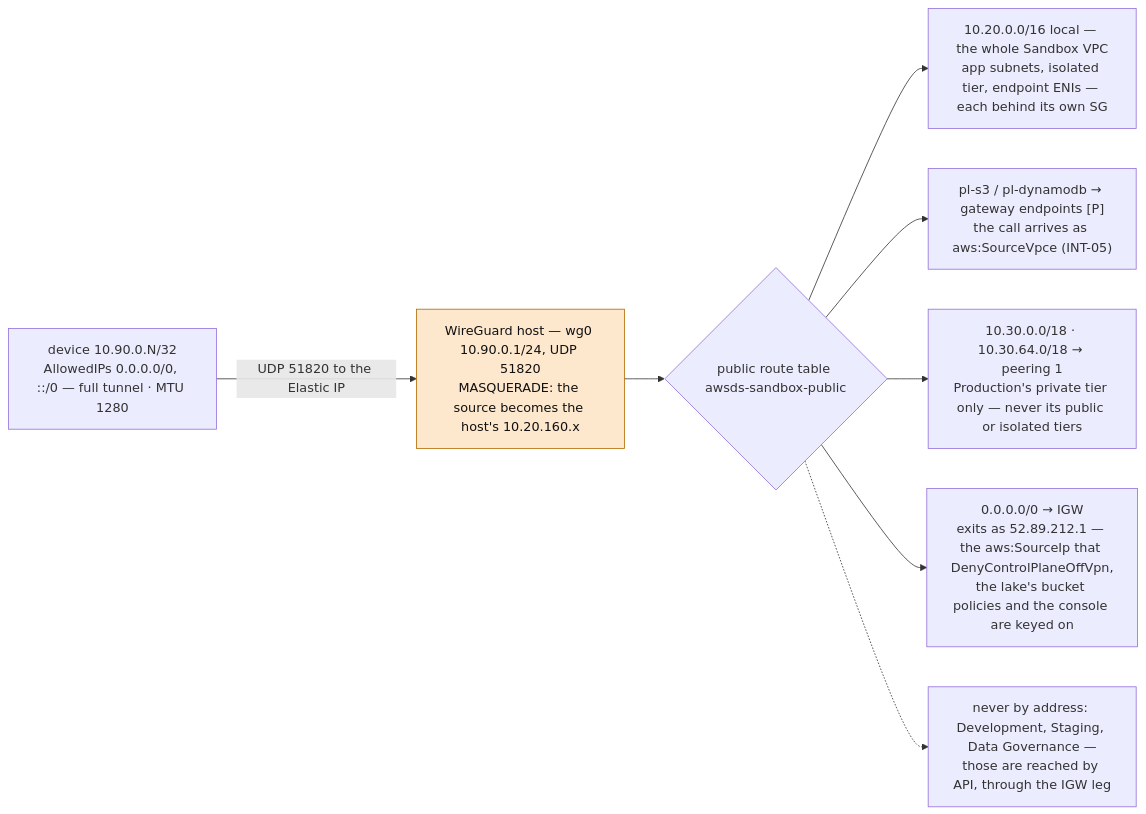
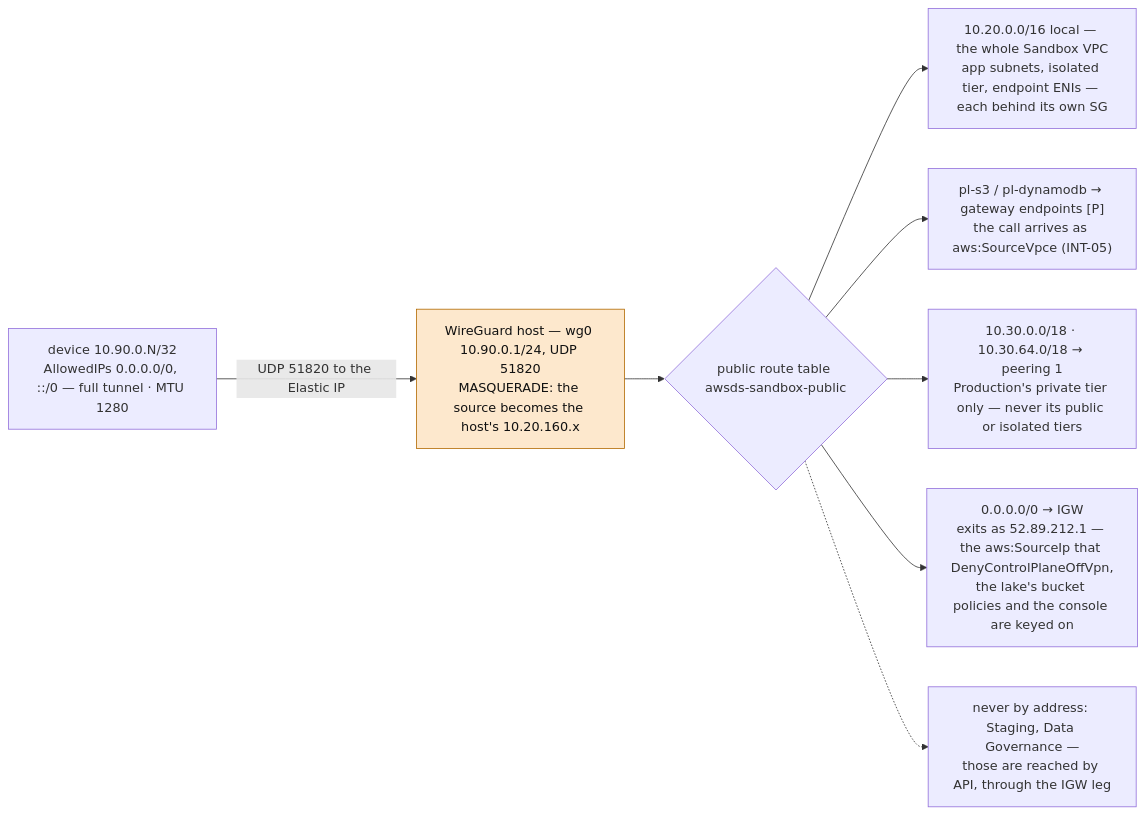
Before and after one commit to felipenoris/AWS-DataScience: the seventh of 8 diagrams in docs/NETWORK.md, drawn with Mermaid. The commit also changed other lines of this file, not shown here.

````diff
--- a/docs/NETWORK.md
+++ b/docs/NETWORK.md
@@ -599,22 +599,22 @@
 ```mermaid
 flowchart LR
     DEV["device 10.90.0.N/32<br/>AllowedIPs 0.0.0.0/0, ::/0 — full tunnel · MTU 1280"]
     WG["WireGuard host — wg0 10.90.0.1/24, UDP 51820<br/>MASQUERADE: the source becomes the host's 10.20.160.x"]
     RT{"public route table awsds-sandbox-public"}
     LOCAL["10.20.0.0/16 local — the whole Sandbox VPC<br/>app subnets, isolated tier, endpoint ENIs — each behind its own SG"]
     GW["pl-s3 / pl-dynamodb → gateway endpoints [P]<br/>the call arrives as aws:SourceVpce (INT-05)"]
     PCX["10.30.0.0/18 · 10.30.64.0/18 → peering 1<br/>Production's private tier only — never its public or isolated tiers"]
     IGW["0.0.0.0/0 → IGW<br/>exits as 52.89.212.1 — the aws:SourceIp that DenyControlPlaneOffVpn,<br/>the lake's bucket policies and the console are keyed on"]
-    NOWHERE["never by address: Development, Staging, Data Governance —<br/>those are reached by API, through the IGW leg"]
+    NOWHERE["never by address: Staging, Data Governance —<br/>those are reached by API, through the IGW leg"]
 
     DEV -->|"UDP 51820 to the Elastic IP"| WG
     WG --> RT
     RT --> LOCAL
     RT --> GW
     RT --> PCX
     RT --> IGW
     RT -.-> NOWHERE
 
     classDef pub fill:#fde8cd,stroke:#b26a00,color:#111;
     class WG pub;
 ```
````
